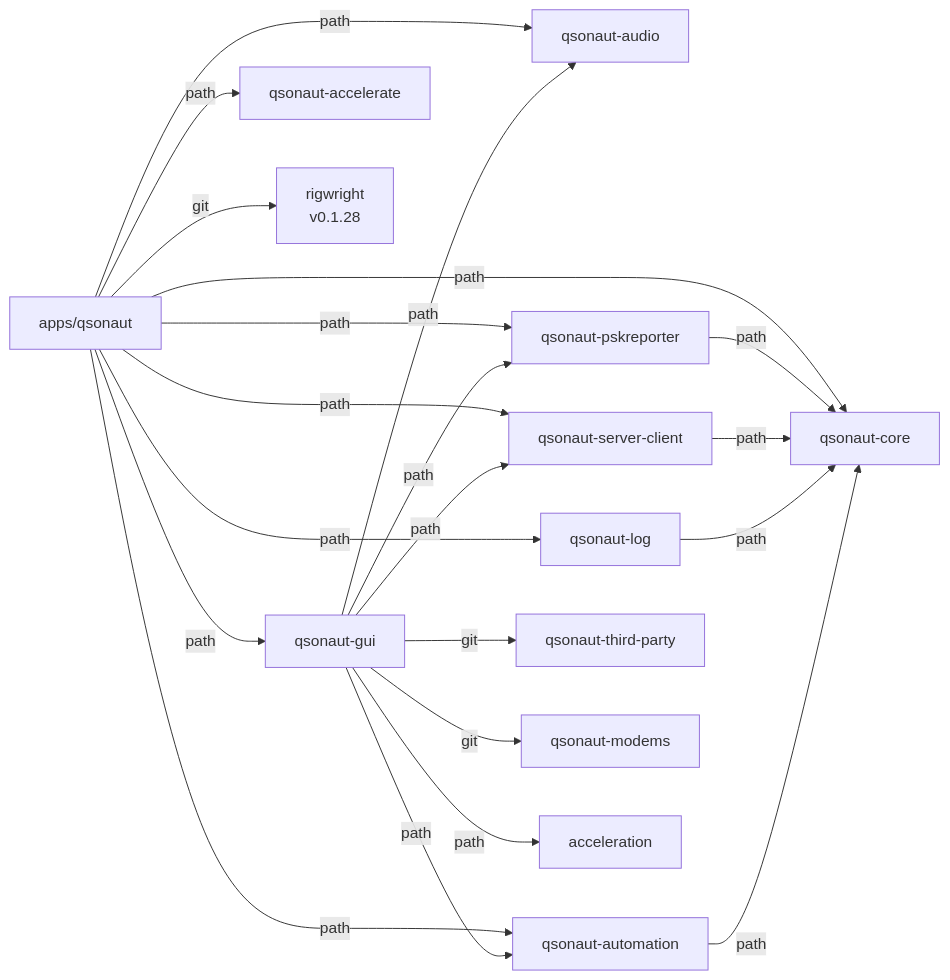
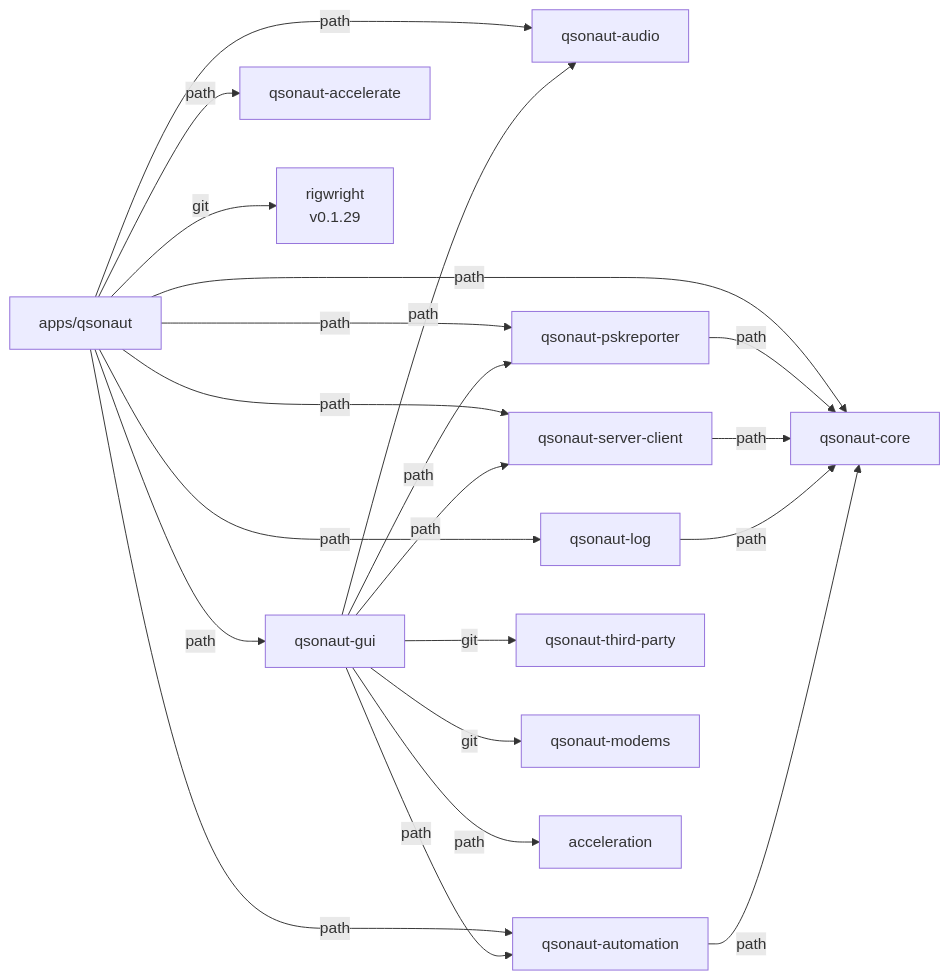
One commit to nicksbar/QSONaut changed the third of 6 diagrams in docs/ARCHITECTURE.md. Above: the diagram before and after it, drawn with Mermaid. The commit also changed other lines of this file and 15 other files, not shown here.

````diff
--- a/docs/ARCHITECTURE.md
+++ b/docs/ARCHITECTURE.md
@@ -90,38 +90,38 @@
 ```mermaid
 graph LR
     qsonaut[apps/qsonaut]
     audio[qsonaut-audio]
     core[qsonaut-core]
     gui[qsonaut-gui]
     log[qsonaut-log]
     automation[qsonaut-automation]
     psk[qsonaut-pskreporter]
     server-client[qsonaut-server-client]
     accelerate[qsonaut-accelerate]
     third-party[qsonaut-third-party]
     modems[qsonaut-modems]
-    rigwright[rigwright<br/>v0.1.28]
+    rigwright[rigwright<br/>v0.1.29]
     
     qsonaut -->|path| gui
     qsonaut -->|path| core
     qsonaut -->|path| audio
     qsonaut -->|path| log
     qsonaut -->|path| automation
     qsonaut -->|path| psk
     qsonaut -->|path| server-client
     qsonaut -->|path| accelerate
     qsonaut -->|git| rigwright
     
     gui -->|git| third-party
     gui -->|git| modems
     gui -->|path| audio
     gui -->|path| acceleration
     gui -->|path| automation
     gui -->|path| server-client
     gui -->|path| psk
     
     psk -->|path| core
     server-client -->|path| core
     log -->|path| core
     automation -->|path| core
 ```
````
